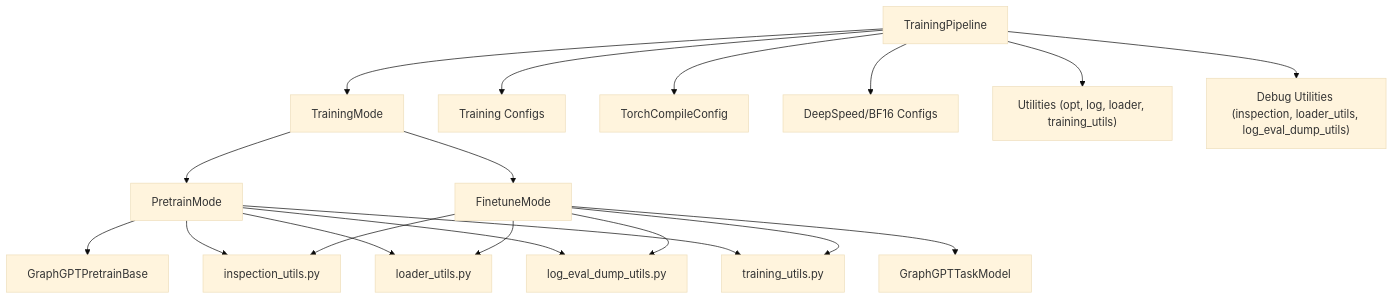
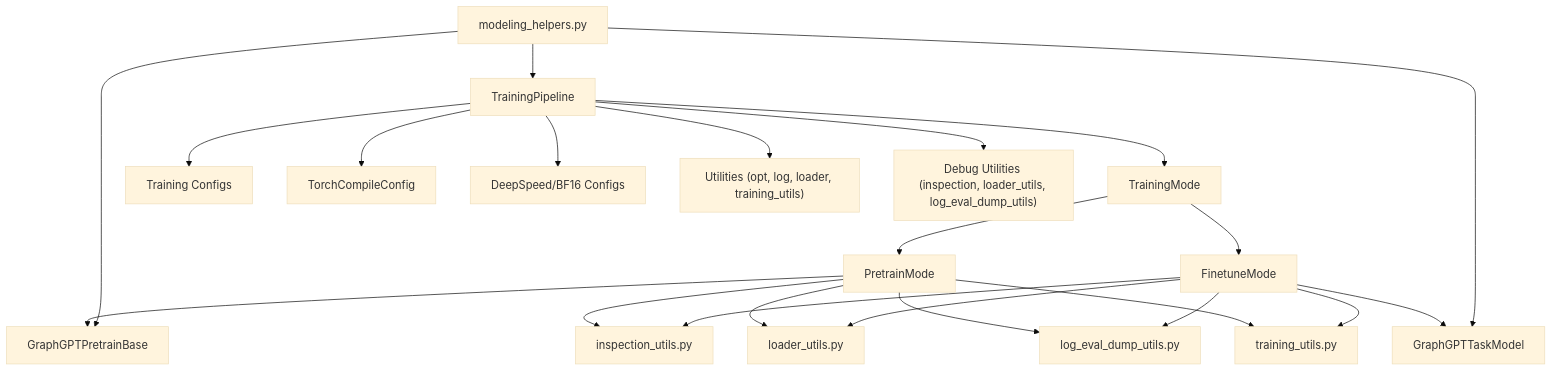
The eighth of 8 diagrams in .qoder/repowiki/en/content/Training Pipeline/Training Pipeline.md (alibaba/graph-gpt), drawn with Mermaid (base theme) before and after one commit. The commit also changed other lines of this file and 7 other files, not shown here.

````diff
--- a/.qoder/repowiki/en/content/Training Pipeline/Training Pipeline.md
+++ b/.qoder/repowiki/en/content/Training Pipeline/Training Pipeline.md
@@ -654,21 +723,24 @@
 ```mermaid
 graph TB
 TP["TrainingPipeline"] --> TM["TrainingMode"]
 TM --> PTM["PretrainMode"]
 TM --> FTM["FinetuneMode"]
 PTM --> MP["GraphGPTPretrainBase"]
 FTM --> MF["GraphGPTTaskModel"]
 TP --> CFG["Training Configs"]
 TP --> TCC["TorchCompileConfig"]
 TP --> DS["DeepSpeed/BF16 Configs"]
 TP --> U["Utilities (opt, log, loader, training_utils)"]
 TP --> DU["Debug Utilities (inspection, loader_utils, log_eval_dump_utils)"]
 PTM --> IU["inspection_utils.py"]
 FTM --> IU
 PTM --> LU["loader_utils.py"]
 FTM --> LU
 PTM --> LEDU["log_eval_dump_utils.py"]
 FTM --> LEDU
 PTM --> TU["training_utils.py"]
 FTM --> TU
+MH["modeling_helpers.py"] --> TP
+MH --> MP
+MH --> MF
 ```
````
